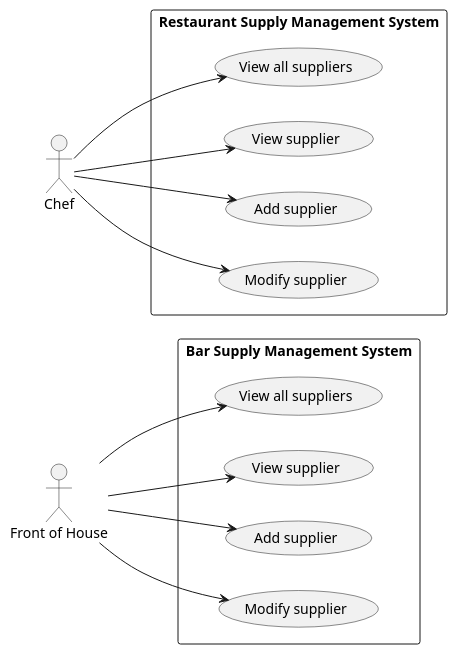
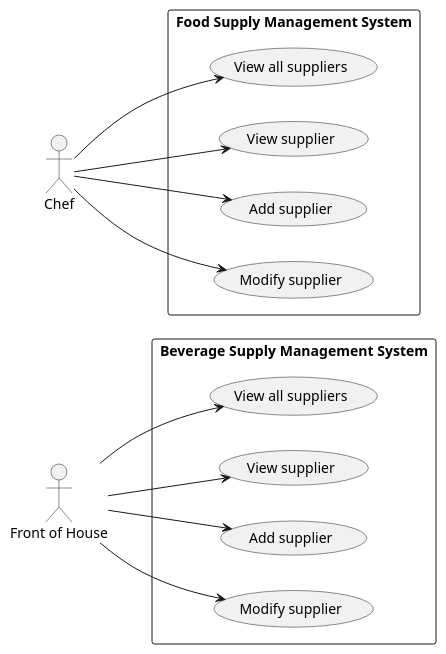
Before and after one commit to mrjink/molveno: the diagram in src/main/docs/uml/use-case/restaurant/supplier.puml, drawn with PlantUML.

Commit message:
Use case bar supply management system title replace to Beverage Management System, Restaurant Supply Management System replace to Food Supply Management System

```diff
--- a/src/main/docs/uml/use-case/restaurant/supplier.puml
+++ b/src/main/docs/uml/use-case/restaurant/supplier.puml
@@ -1,32 +1,32 @@
 @startuml
 
 left to right direction
 
 actor "Front of House" as FoH
 actor Chef
 
-rectangle "Bar Supply Management System" {
+rectangle "Beverage Supply Management System" {
     (View all suppliers) as (BarSupplyAll)
     (View supplier) as (BarSupplyView)
     (Add supplier) as (BarSupplyAdd)
     (Modify supplier) as (BarSupplyUpdate)
 
     FoH --> (BarSupplyAll)
     FoH --> (BarSupplyView)
     FoH --> (BarSupplyAdd)
     FoH --> (BarSupplyUpdate)
 }
 
-rectangle "Restaurant Supply Management System" {
+rectangle "Food Supply Management System" {
     (View all suppliers) as (RestaurantSupplyAll)
     (View supplier) as (RestaurantSupplyView)
     (Add supplier) as (RestaurantSupplyAdd)
     (Modify supplier) as (RestaurantSupplyUpdate)
 
     Chef --> (RestaurantSupplyAll)
     Chef --> (RestaurantSupplyView)
     Chef --> (RestaurantSupplyAdd)
     Chef --> (RestaurantSupplyUpdate)
 }
 
 @enduml
```
